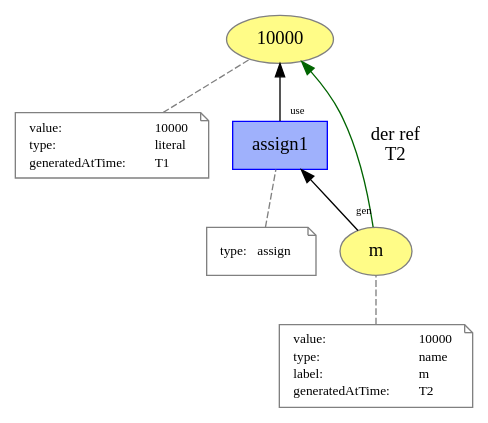
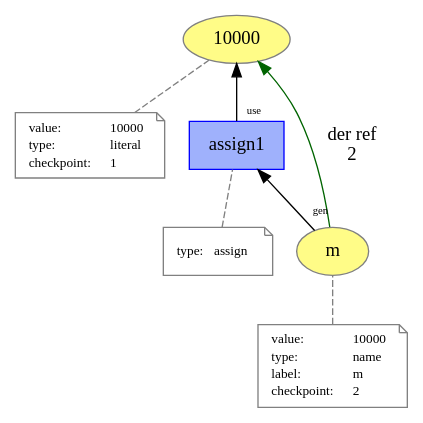
One commit to dew-uff/versioned-prov changed the diagram in images/versioned_prov/assign.dot. Above: the diagram before and after it, drawn with Graphviz. The commit also changed 1625 other files, not shown here.

```diff
--- a/images/versioned_prov/assign.dot
+++ b/images/versioned_prov/assign.dot
@@ -1,50 +1,50 @@
 digraph "PROV" { size="16,12"; rankdir="BT";
 "http://example.org/10000" [fillcolor="#FFFC87",color="#808080",style="filled",label="10000",URL="http://example.org/10000"]
 "-attrs0" [color="gray",shape="note",fontsize="10",fontcolor="black",label=<<TABLE cellpadding="0" border="0">
 	<TR>
 	    <TD align="left">value:</TD>
 	    <TD align="left">10000</TD>
 	</TR>
 	<TR>
 	    <TD align="left">type:</TD>
 	    <TD align="left">literal</TD>
 	</TR>
 	<TR>
-	    <TD align="left">generatedAtTime:</TD>
-	    <TD align="left">T1</TD>
+	    <TD align="left">checkpoint:</TD>
+	    <TD align="left">1</TD>
 	</TR>
 </TABLE>>]
 "-attrs0" -> "http://example.org/10000" [color="gray",style="dashed",arrowhead="none"]
 "http://example.org/m" [fillcolor="#FFFC87",color="#808080",style="filled",label="m",URL="http://example.org/m"]
 "-attrs1" [color="gray",shape="note",fontsize="10",fontcolor="black",label=<<TABLE cellpadding="0" border="0">
 	<TR>
 	    <TD align="left">value:</TD>
 	    <TD align="left">10000</TD>
 	</TR>
 	<TR>
 	    <TD align="left">type:</TD>
 	    <TD align="left">name</TD>
 	</TR>
 	<TR>
 	    <TD align="left">label:</TD>
 	    <TD align="left">m</TD>
 	</TR>
 	<TR>
-	    <TD align="left">generatedAtTime:</TD>
-	    <TD align="left">T2</TD>
+	    <TD align="left">checkpoint:</TD>
+	    <TD align="left">2</TD>
 	</TR>
 </TABLE>>]
 "-attrs1" -> "http://example.org/m" [color="gray",style="dashed",arrowhead="none"]
 "http://example.org/assign1" [fillcolor="#9FB1FC",color="#0000FF",shape="polygon",sides="4",style="filled",label="assign1",URL="http://example.org/assign1"]
 "-attrs2" [color="gray",shape="note",fontsize="10",fontcolor="black",label=<<TABLE cellpadding="0" border="0">
 	<TR>
 	    <TD align="left">type:</TD>
 	    <TD align="left">assign</TD>
 	</TR>
 </TABLE>>]
 "-attrs2" -> "http://example.org/assign1" [color="gray",style="dashed",arrowhead="none"]
+"http://example.org/m" -> "http://example.org/10000" [labelfontsize="8",labeldistance="1.5",color="darkgreen",labelangle="60.0",rotation="20",label="der ref
+2"]
 "http://example.org/assign1" -> "http://example.org/10000" [labelfontsize="8",labeldistance="1.5",labelangle="60.0",rotation="20",taillabel="use"]
 "http://example.org/m" -> "http://example.org/assign1" [labelfontsize="8",labeldistance="1.5",labelangle="60.0",rotation="20",taillabel="gen"]
-"http://example.org/m" -> "http://example.org/10000" [labelfontsize="8",labeldistance="1.5",color="darkgreen",labelangle="60.0",rotation="20",label="der ref
-T2"]
 }
```
